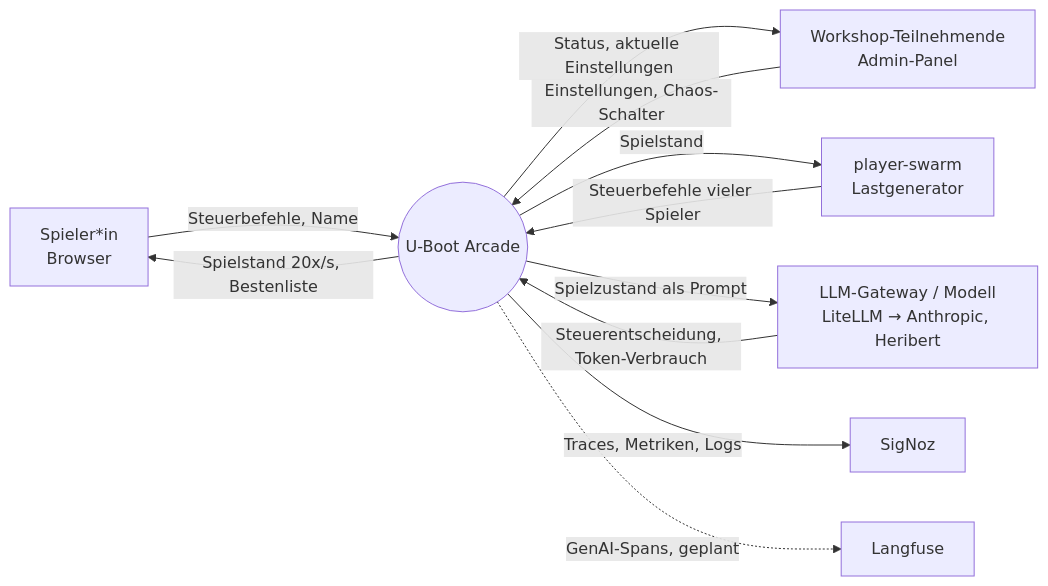
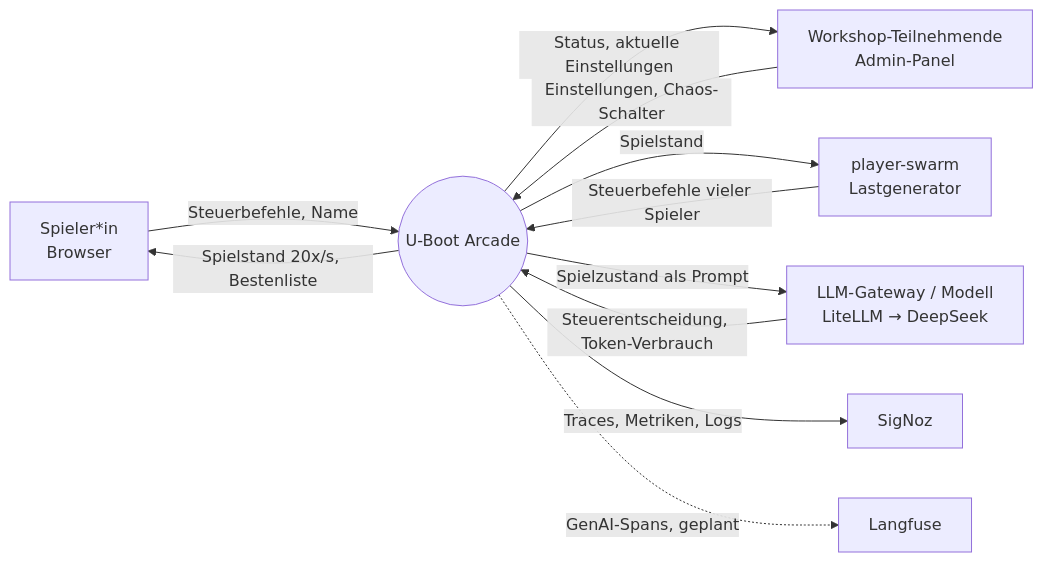
The diagram in arc-doc/03-Kontextabgrenzung/03-01-Fachlicher-Kontext.md (c-kaiser/u-boot-arcade), drawn with Mermaid before and after one commit. The commit also changed other lines of this file and 30 other files, not shown here.

First line of the commit message:
LiteLLM aus dem Workshop-Cluster, Modell DeepSeek (ADR-15)

````diff
--- a/arc-doc/03-Kontextabgrenzung/03-01-Fachlicher-Kontext.md
+++ b/arc-doc/03-Kontextabgrenzung/03-01-Fachlicher-Kontext.md
@@ -8,13 +8,13 @@
 ```mermaid
 graph LR
     P[Spieler*in<br/>Browser] -->|Steuerbefehle, Name| S((U-Boot Arcade))
     S -->|Spielstand 20x/s, Bestenliste| P
     A[Workshop-Teilnehmende<br/>Admin-Panel] -->|Einstellungen, Chaos-Schalter| S
     S -->|Status, aktuelle Einstellungen| A
     W[player-swarm<br/>Lastgenerator] -->|Steuerbefehle vieler Spieler| S
     S -->|Spielstand| W
-    S -->|Spielzustand als Prompt| L[LLM-Gateway / Modell<br/>LiteLLM → Anthropic, Heribert]
+    S -->|Spielzustand als Prompt| L[LLM-Gateway / Modell<br/>LiteLLM → DeepSeek]
     L -->|Steuerentscheidung, Token-Verbrauch| S
     S -->|Traces, Metriken, Logs| O[SigNoz]
     S -.->|GenAI-Spans, geplant| F[Langfuse]
 ```
````
